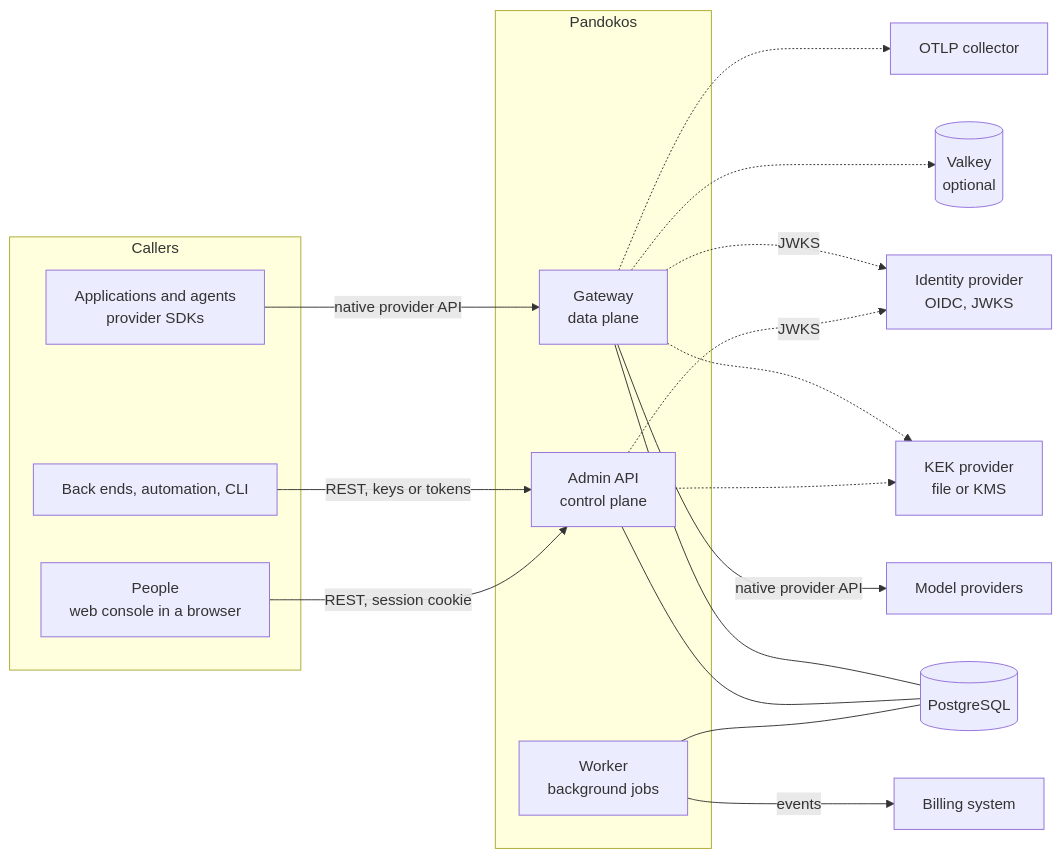
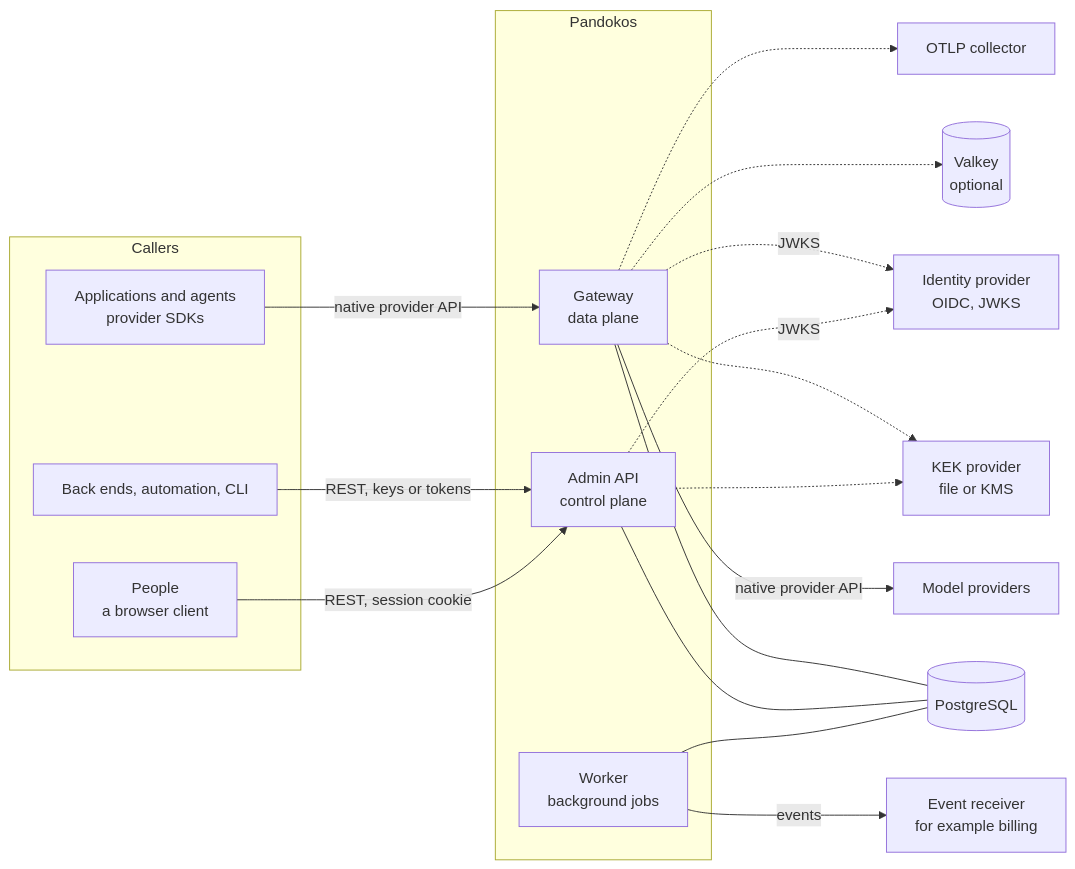
Before and after one commit to pandokos/pandokos: the first of 5 diagrams in docs/architecture/overview.md, drawn with Mermaid. The commit also changed other lines of this file and 54 other files, not shown here.

First line of the commit message:
docs: BYOK-only scope, administration through the API, and a roadmap that puts operability first

````diff
--- a/docs/architecture/overview.md
+++ b/docs/architecture/overview.md
@@ -32,35 +32,35 @@
 ```mermaid
 flowchart LR
     subgraph callers[Callers]
         app[Applications and agents<br/>provider SDKs]
         ops[Back ends, automation, CLI]
-        ppl[People<br/>web console in a browser]
+        ppl[People<br/>a browser client]
     end
     subgraph pandokos[Pandokos]
         gw[Gateway<br/>data plane]
         adm[Admin API<br/>control plane]
         wrk[Worker<br/>background jobs]
     end
     idp[Identity provider<br/>OIDC, JWKS]
     prov[Model providers]
     pg[(PostgreSQL)]
     vk[(Valkey<br/>optional)]
     kms[KEK provider<br/>file or KMS]
     otel[OTLP collector]
-    bill[Billing system]
+    evt[Event receiver<br/>for example billing]
 
     app -->|native provider API| gw
     ops -->|REST, keys or tokens| adm
     ppl -->|REST, session cookie| adm
     gw -->|native provider API| prov
     gw --- pg
     adm --- pg
     wrk --- pg
     gw -.-> vk
     gw -.-> kms
     adm -.-> kms
     gw -.->|JWKS| idp
     adm -.->|JWKS| idp
     gw -.-> otel
-    wrk -->|events| bill
+    wrk -->|events| evt
 ```
````
